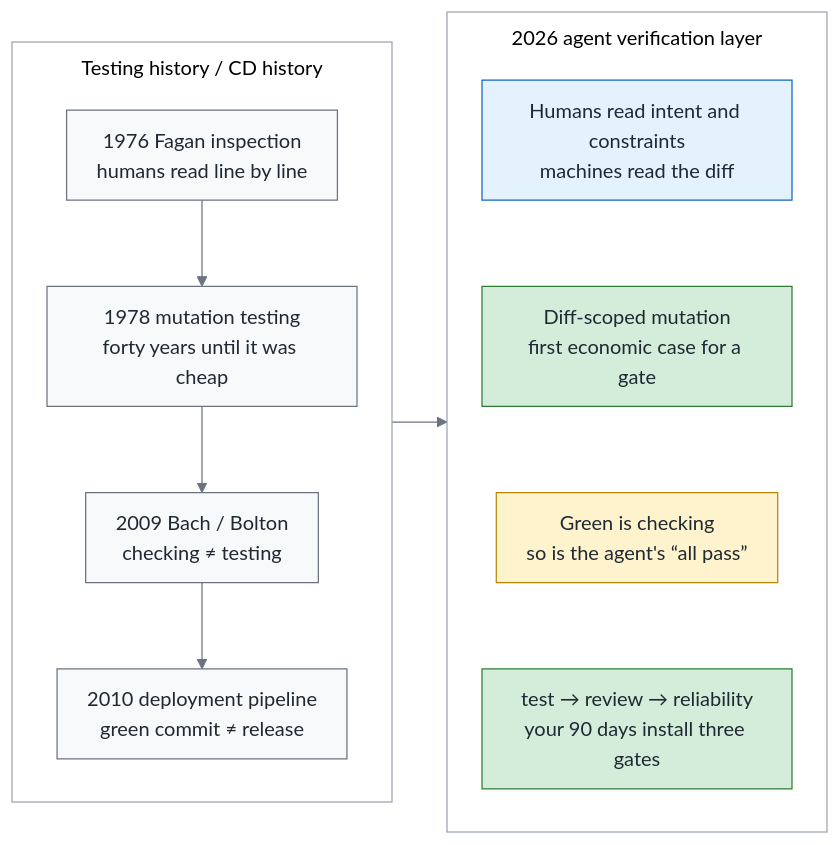
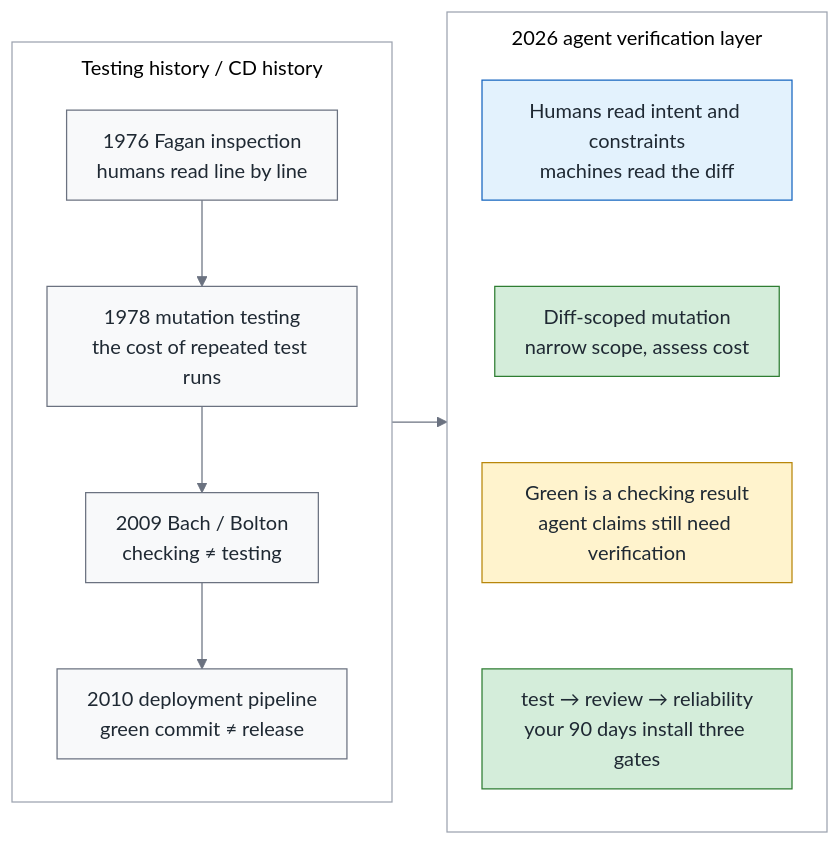
One commit to fantasybz/medium-articles changed the third of 10 diagrams in 2026-10-green-overview/article.en.md. Above: the diagram before and after it, drawn with Mermaid. The commit also changed other lines of this file and 93 other files, not shown here.

````diff
--- a/2026-10-green-overview/article.en.md
+++ b/2026-10-green-overview/article.en.md
@@ -209,47 +209,47 @@
 ```mermaid
 ---
 config:
   theme: base
   themeVariables:
     fontSize: 16px
     primaryColor: "#f8f9fa"
     primaryTextColor: "#1f2933"
     primaryBorderColor: "#6b7280"
     lineColor: "#6b7280"
     secondaryColor: "#f8f9fa"
     tertiaryColor: "#ffffff"
     clusterBkg: "#ffffff"
     clusterBorder: "#9ca3af"
     edgeLabelBackground: "#ffffff"
   flowchart:
     nodeSpacing: 36
     rankSpacing: 44
     padding: 12
     htmlLabels: true
     subGraphTitleMargin:
       top: 8
       bottom: 12
     curve: basis
 ---
 flowchart LR
     classDef own fill:#d4edda,stroke:#2e7d32,color:#1f2933
     classDef buy fill:#fff3cd,stroke:#b8860b,color:#1f2933
     classDef bad fill:#ffe0e0,stroke:#c0392b,color:#1f2933
     classDef human fill:#e3f2fd,stroke:#1565c0,color:#1f2933
     subgraph past["Testing history / CD history"]
         direction TB
-        P1["1976 Fagan inspection<br/>humans read line by line"] --> P2["1978 mutation testing<br/>forty years until it was cheap"]
+        P1["1976 Fagan inspection<br/>humans read line by line"] --> P2["1978 mutation testing<br/>the cost of repeated test runs"]
         P2 --> P3["2009 Bach / Bolton<br/>checking ≠ testing"]
         P3 --> P4["2010 deployment pipeline<br/>green commit ≠ release"]
     end
     subgraph now["2026 agent verification layer"]
         direction TB
-        N1["Humans read intent and constraints<br/>machines read the diff"] ~~~ N2["Diff-scoped mutation<br/>first economic case for a gate"]
-        N2 ~~~ N3["Green is checking<br/>so is the agent's “all pass”"]
+        N1["Humans read intent and constraints<br/>machines read the diff"] ~~~ N2["Diff-scoped mutation<br/>narrow scope, assess cost"]
+        N2 ~~~ N3["Green is a checking result<br/>agent claims still need verification"]
         N3 ~~~ N4["test → review → reliability<br/>your 90 days install three gates"]
     end
     past --> now
     class N1 human
     class N2,N4 own
     class N3 buy
 ```
````
